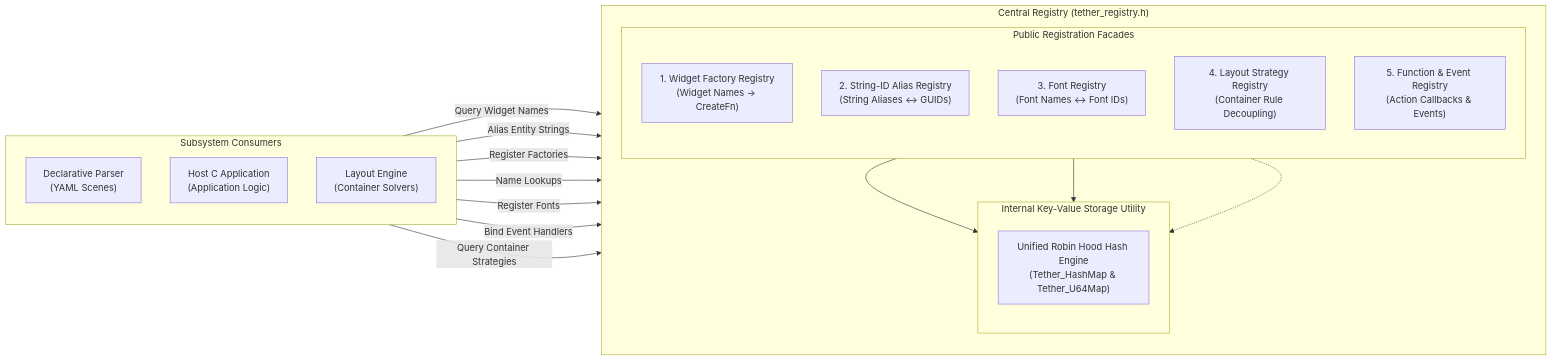
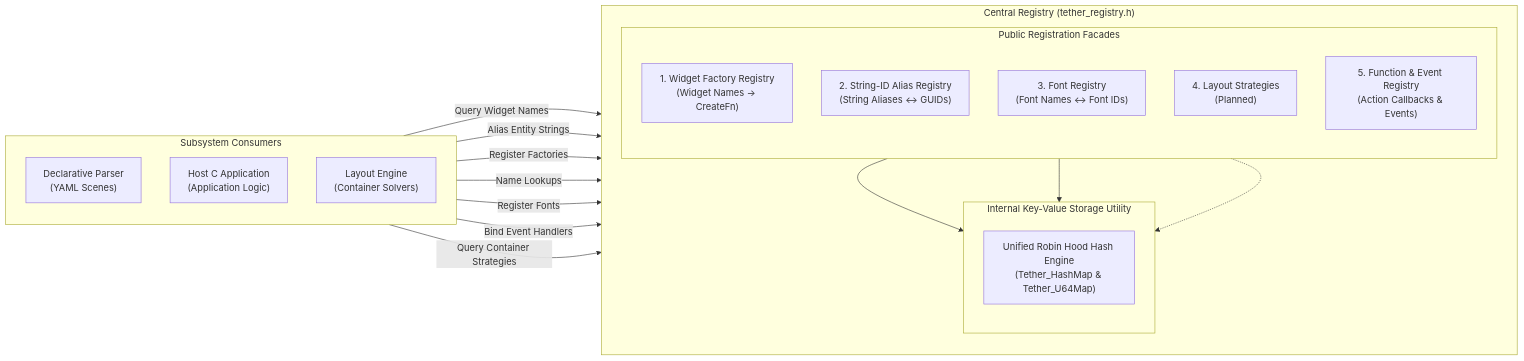
One commit to Yuvi-GD/Tether changed the second of 4 diagrams in docs/technical/05_ui_framework_and_widgets.md. Above: the diagram before and after it, drawn with Mermaid. The commit also changed other lines of this file and 24 other files, not shown here.

Commit message:
docs: align technical docs with v0.0.3-preview and clarify presentation roadmap

````diff
--- a/docs/technical/05_ui_framework_and_widgets.md
+++ b/docs/technical/05_ui_framework_and_widgets.md
@@ -198,36 +219,36 @@
 ```mermaid
 flowchart LR
     subgraph Consumers["Subsystem Consumers"]
         direction TB
         YAML["Declarative Parser\n(YAML Scenes)"]
         HostC["Host C Application\n(Application Logic)"]
         LayoutEng["Layout Engine\n(Container Solvers)"]
     end
 
     subgraph CentralReg["Central Registry (tether_registry.h)"]
         direction TB
         subgraph RegAPIs["Public Registration Facades"]
             direction TB
             R1["1. Widget Factory Registry\n(Widget Names -> CreateFn)"]
             R2["2. String-ID Alias Registry\n(String Aliases <-> GUIDs)"]
             R3["3. Font Registry\n(Font Names <-> Font IDs)"]
-            R4["4. Layout Strategy Registry\n(Container Rule Decoupling)"]
+            R4["4. Layout Strategies\n(Planned)"]
             R5["5. Function & Event Registry\n(Action Callbacks & Events)"]
         end
         subgraph InternalStorage["Internal Key-Value Storage Utility"]
             direction TB
             HashUtil["Unified Robin Hood Hash Engine\n(Tether_HashMap & Tether_U64Map)"]
         end
         R1 --> HashUtil
         R2 --> HashUtil
         R3 -.-> HashUtil
     end
 
     YAML -->|Query Widget Names| R1
     YAML -->|Alias Entity Strings| R2
     HostC -->|Register Factories| R1
     HostC -->|Name Lookups| R2
     HostC -->|Register Fonts| R3
     HostC -->|Bind Event Handlers| R5
     LayoutEng -->|Query Container Strategies| R4
 ```
````
